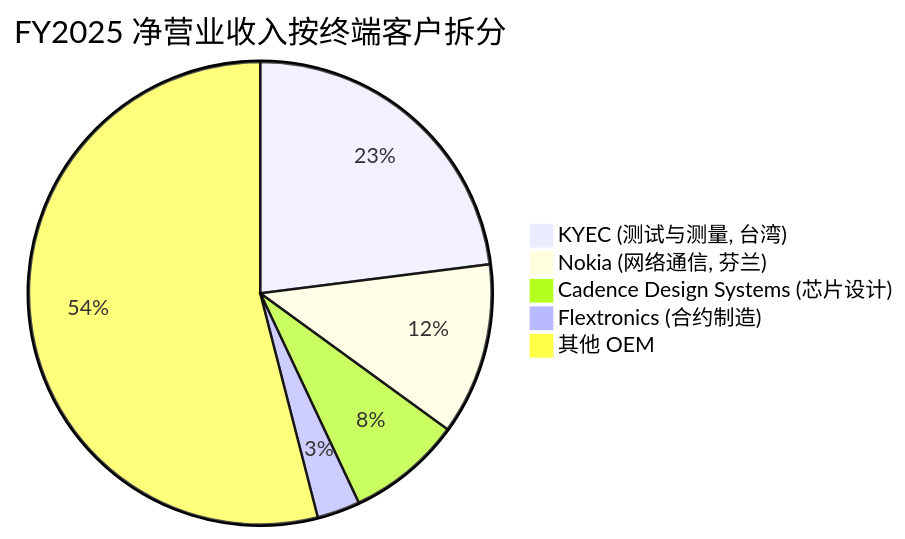
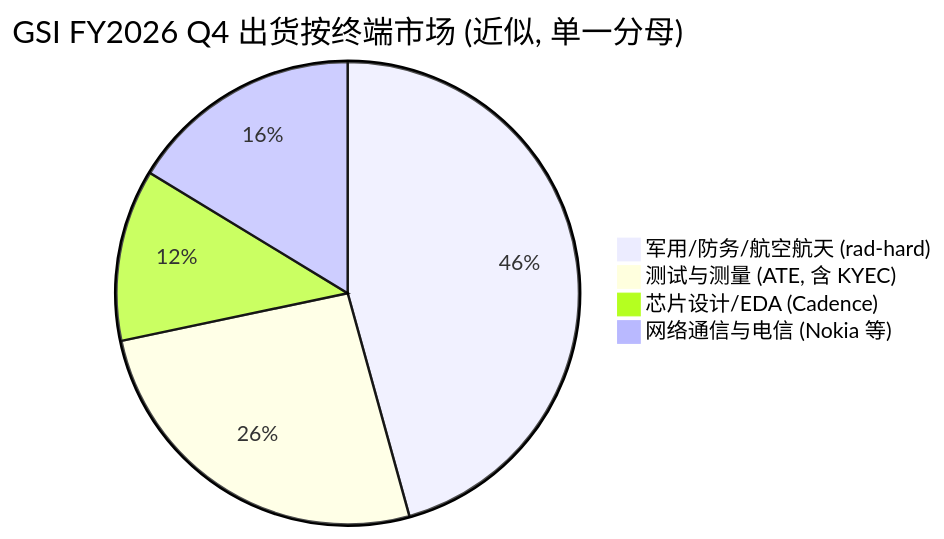
Before and after one commit to dadachundan/financial_agent: the fifth of 6 diagrams in reports/company/GSITechnology_NASDAQ_GSIT/GSITechnology_NASDAQ_GSIT_公司研究.md, drawn with Mermaid. The commit also changed other lines of this file and 13 other files, not shown here.

Commit message:
feat(company-research): refresh GSI Technology (GSIT) — FY2026 10-K + decision layer + full chart suite

````diff
--- a/reports/company/GSITechnology_NASDAQ_GSIT/GSITechnology_NASDAQ_GSIT_公司研究.md
+++ b/reports/company/GSITechnology_NASDAQ_GSIT/GSITechnology_NASDAQ_GSIT_公司研究.md
@@ -210,8 +803,7 @@
 ```mermaid
-pie title FY2025 净营业收入按终端客户拆分
-    "KYEC (测试与测量, 台湾)" : 23
-    "Nokia (网络通信, 芬兰)" : 12
-    "Cadence Design Systems (芯片设计)" : 8
-    "Flextronics (合约制造)" : 3
-    "其他 OEM" : 54
+pie title GSI FY2026 Q4 出货按终端市场 (近似, 单一分母)
+    "军用/防务/航空航天 (rad-hard)" : 45.7
+    "测试与测量 (ATE, 含 KYEC)" : 26
+    "芯片设计/EDA (Cadence)" : 12
+    "网络通信与电信 (Nokia 等)" : 16.3
 ```
````
